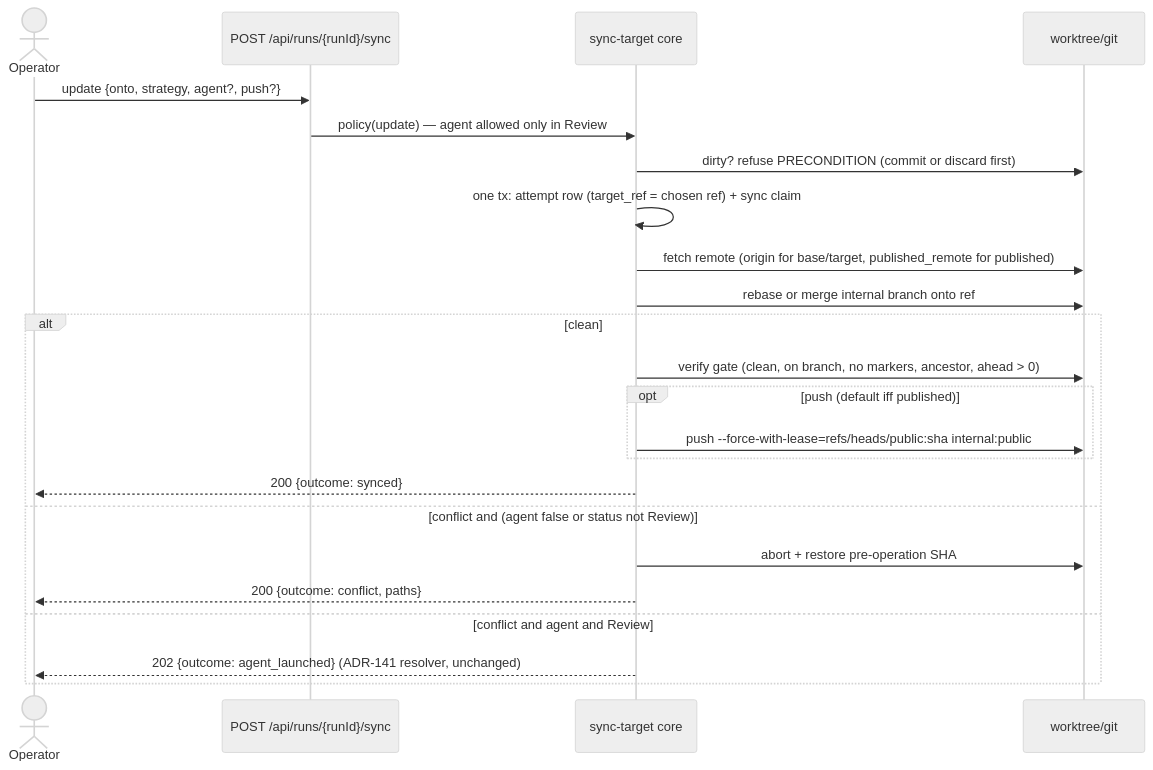
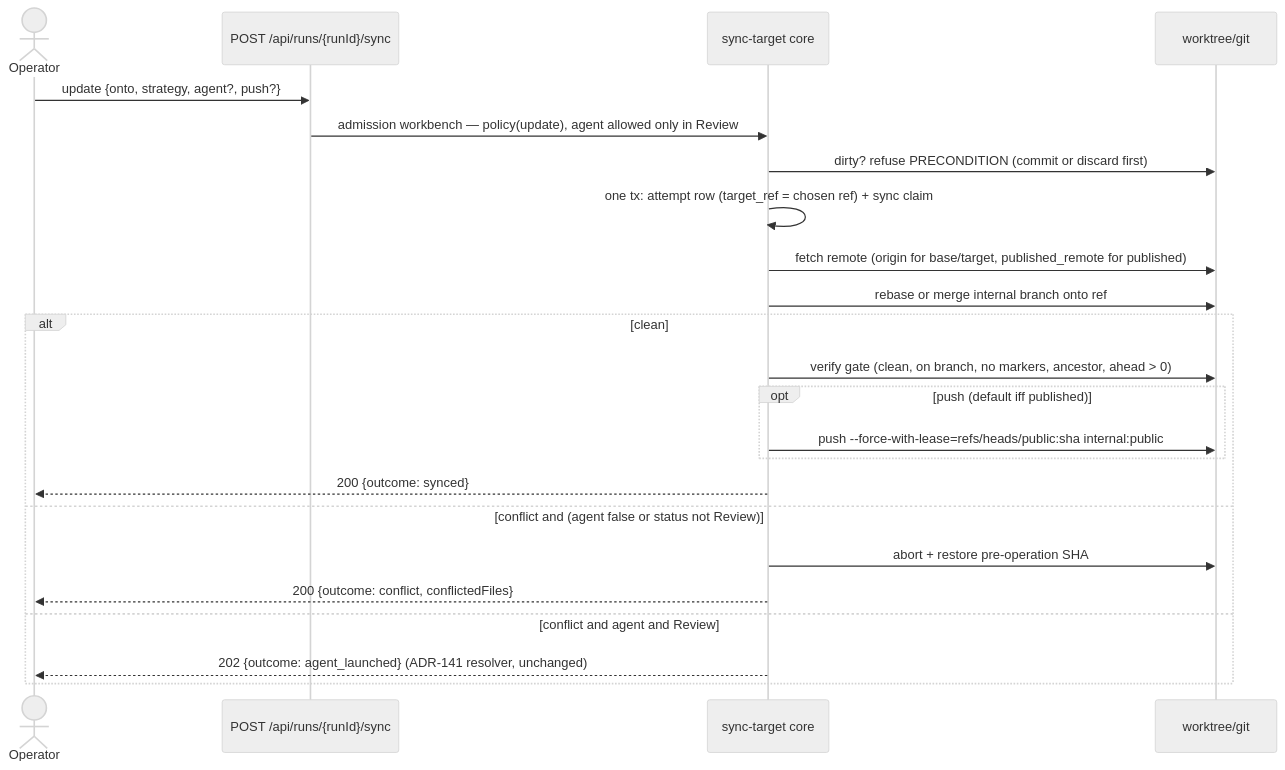
The fourth of 6 diagrams in docs/system-analytics/workbench-git.md (maister-dev/maister), drawn with Mermaid (neutral theme) before and after one commit. The commit also changed other lines of this file and 19 other files, not shown here.

First line of the commit message:
docs(workbench-git): freeze the ADR-181 contracts (OpenAPI, ERD, taxonomy, screens, RU)

````diff
--- a/docs/system-analytics/workbench-git.md
+++ b/docs/system-analytics/workbench-git.md
@@ -145,25 +165,25 @@
 ```mermaid
 sequenceDiagram
     actor Op as Operator
     participant Route as POST /api/runs/{runId}/sync
     participant Svc as sync-target core
     participant Git as worktree/git
     Op->>Route: update {onto, strategy, agent?, push?}
-    Route->>Svc: policy(update) — agent allowed only in Review
+    Route->>Svc: admission workbench — policy(update), agent allowed only in Review
     Svc->>Git: dirty? refuse PRECONDITION (commit or discard first)
     Svc->>Svc: one tx: attempt row (target_ref = chosen ref) + sync claim
     Svc->>Git: fetch remote (origin for base/target, published_remote for published)
     Svc->>Git: rebase or merge internal branch onto ref
     alt clean
         Svc->>Git: verify gate (clean, on branch, no markers, ancestor, ahead > 0)
         opt push (default iff published)
             Svc->>Git: push --force-with-lease=refs/heads/public:sha internal:public
         end
         Svc-->>Op: 200 {outcome: synced}
     else conflict and (agent false or status not Review)
         Svc->>Git: abort + restore pre-operation SHA
-        Svc-->>Op: 200 {outcome: conflict, paths}
+        Svc-->>Op: 200 {outcome: conflict, conflictedFiles}
     else conflict and agent and Review
         Svc-->>Op: 202 {outcome: agent_launched} (ADR-141 resolver, unchanged)
     end
 ```
````
